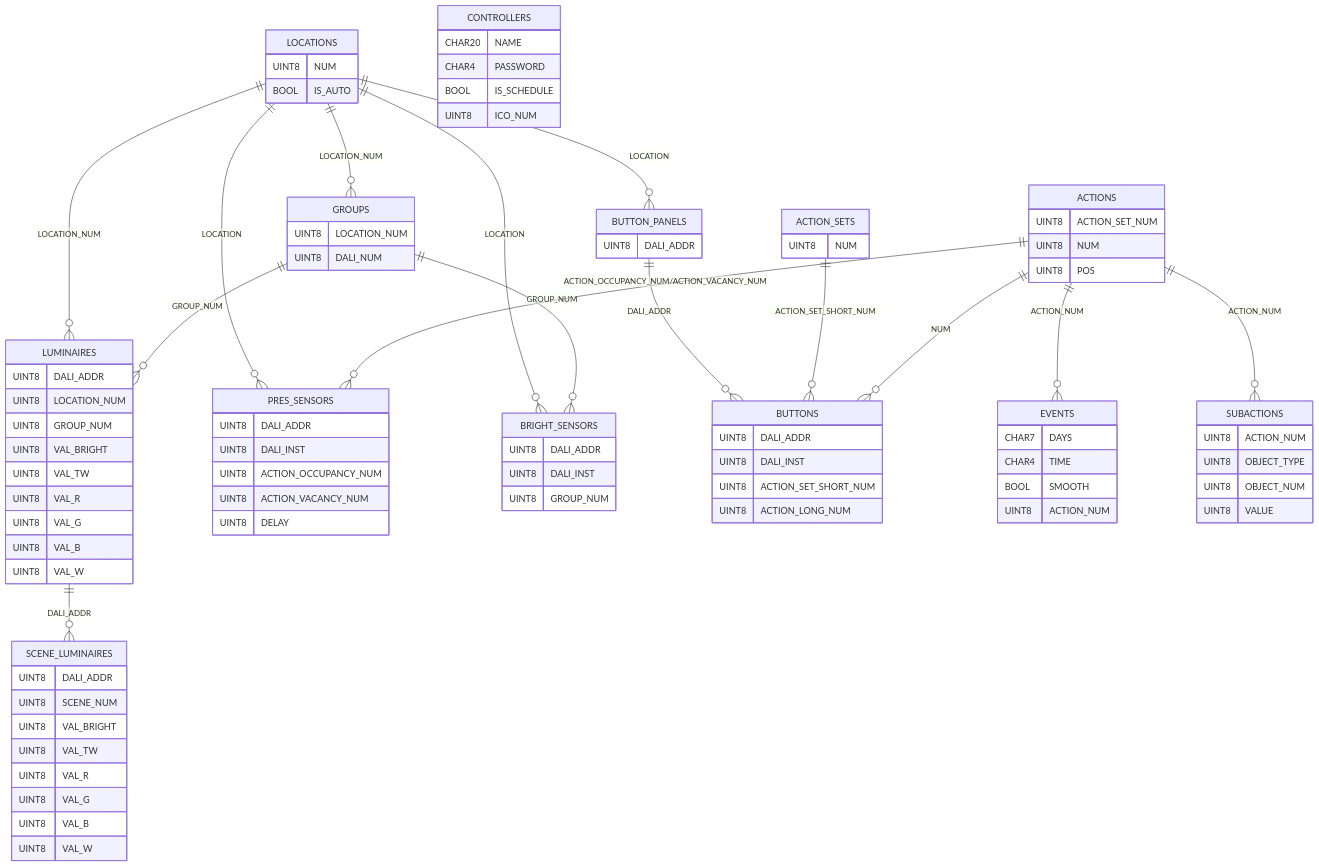
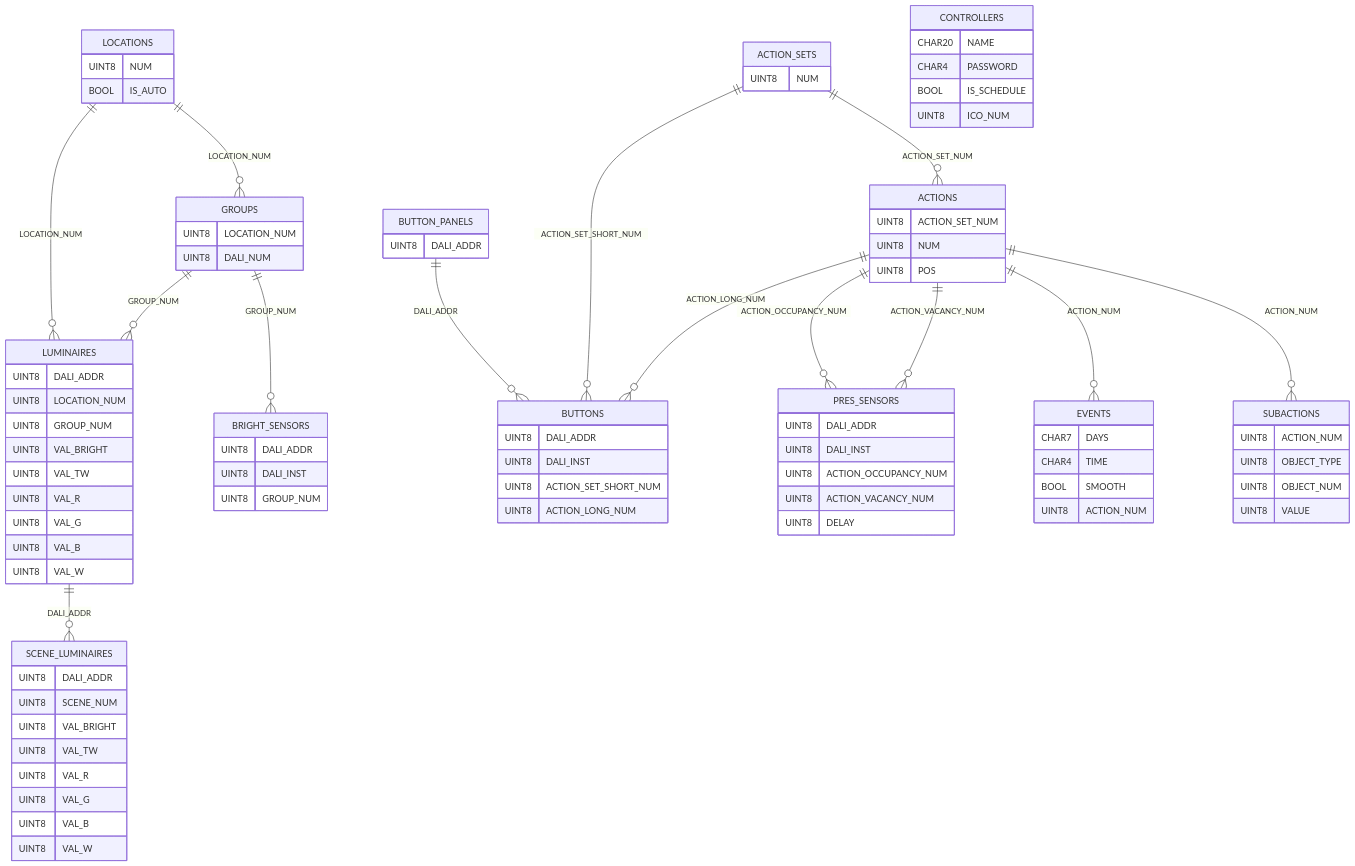
One commit to KhudyakovAlex/Synapse changed the diagram in PDS/SynapsePDS_FW_DB_scheme.md. Above: the diagram before and after it, drawn with Mermaid. The commit also changed 5 other files, not shown here.

```diff
--- a/PDS/SynapsePDS_FW_DB_scheme.md
+++ b/PDS/SynapsePDS_FW_DB_scheme.md
@@ -8,16 +8,15 @@
 erDiagram
     LOCATIONS ||--o{ LUMINAIRES : "LOCATION_NUM"
     LOCATIONS ||--o{ GROUPS : "LOCATION_NUM"
-    LOCATIONS ||--o{ PRES_SENSORS : "LOCATION"
-    LOCATIONS ||--o{ BRIGHT_SENSORS : "LOCATION"
-    LOCATIONS ||--o{ BUTTON_PANELS : "LOCATION"
     GROUPS ||--o{ LUMINAIRES : "GROUP_NUM"
     GROUPS ||--o{ BRIGHT_SENSORS : "GROUP_NUM"
     LUMINAIRES ||--o{ SCENE_LUMINAIRES : "DALI_ADDR"
     BUTTON_PANELS ||--o{ BUTTONS : "DALI_ADDR"
     ACTION_SETS ||--o{ BUTTONS : "ACTION_SET_SHORT_NUM"
-    ACTIONS ||--o{ BUTTONS : "NUM"
-    ACTIONS ||--o{ PRES_SENSORS : "ACTION_OCCUPANCY_NUM/ACTION_VACANCY_NUM"
+    ACTION_SETS ||--o{ ACTIONS : "ACTION_SET_NUM"
+    ACTIONS ||--o{ BUTTONS : "ACTION_LONG_NUM"
+    ACTIONS ||--o{ PRES_SENSORS : "ACTION_OCCUPANCY_NUM"
+    ACTIONS ||--o{ PRES_SENSORS : "ACTION_VACANCY_NUM"
     ACTIONS ||--o{ EVENTS : "ACTION_NUM"
     ACTIONS ||--o{ SUBACTIONS : "ACTION_NUM"
 
```
